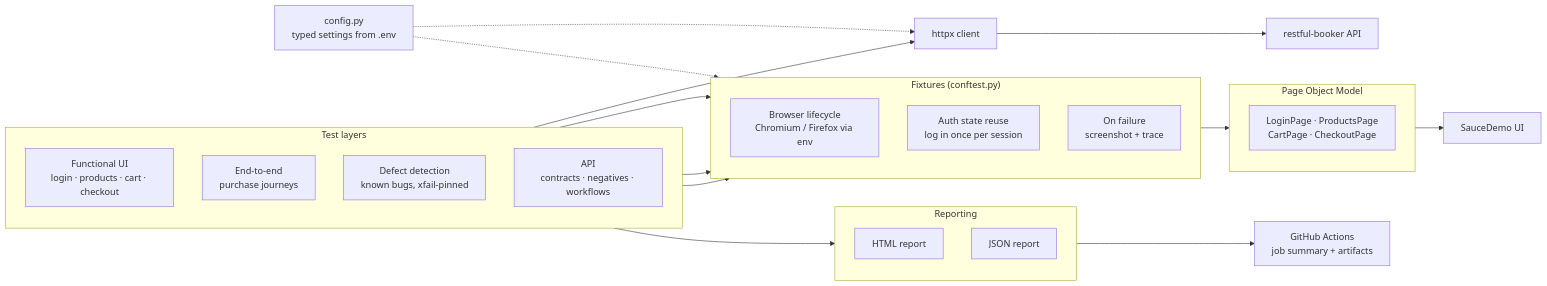
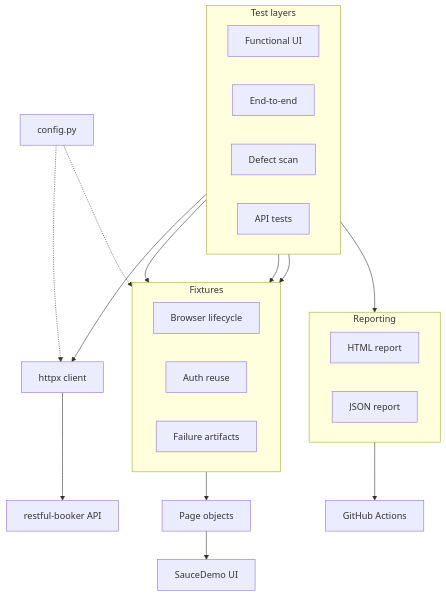
One commit to TheodorGit/playwright-test-framework changed the diagram in README.md. Above: the diagram before and after it, drawn with Mermaid.

Commit message:
docs: fit architecture diagram to GitHub's README column
Switch the flowchart to top-to-bottom and cut node labels to at most
three words. The rendered SVG shrinks from 2651px to 764px wide, so
GitHub displays it at full scale instead of about 30 percent

````diff
--- a/README.md
+++ b/README.md
@@ -30,47 +30,43 @@
 ```mermaid
-flowchart LR
+flowchart TB
     subgraph TESTS["Test layers"]
-        direction TB
-        FUNC["Functional UI<br/>login · products · cart · checkout"]
-        E2E["End-to-end<br/>purchase journeys"]
-        DEF["Defect detection<br/>known bugs, xfail-pinned"]
-        API["API<br/>contracts · negatives · workflows"]
+        direction LR
+        FUNC["Functional UI"]
+        E2E["End-to-end"]
+        DEF["Defect scan"]
+        API["API tests"]
     end
 
-    subgraph FIX["Fixtures (conftest.py)"]
-        direction TB
-        BROWSER["Browser lifecycle<br/>Chromium / Firefox via env"]
-        AUTH["Auth state reuse<br/>log in once per session"]
-        FAIL["On failure<br/>screenshot + trace"]
+    subgraph FIX["Fixtures"]
+        direction LR
+        BROWSER["Browser lifecycle"]
+        AUTH["Auth reuse"]
+        FAIL["Failure artifacts"]
     end
 
-    subgraph POM["Page Object Model"]
-        direction TB
-        PAGES["LoginPage · ProductsPage<br/>CartPage · CheckoutPage"]
-    end
-
-    CONFIG["config.py<br/>typed settings from .env"]
+    CONFIG["config.py"]
+    POM["Page objects"]
     HTTPX["httpx client"]
     UI["SauceDemo UI"]
     RB["restful-booker API"]
 
     subgraph OUT["Reporting"]
-        direction TB
+        direction LR
         HTML["HTML report"]
         JSON["JSON report"]
     end
 
-    CI["GitHub Actions<br/>job summary + artifacts"]
+    CI["GitHub Actions"]
 
     FUNC --> FIX
     E2E --> FIX
     DEF --> FIX
     API --> HTTPX
+    CONFIG -.-> FIX
+    CONFIG -.-> HTTPX
     FIX --> POM
     POM --> UI
     HTTPX --> RB
-    CONFIG -.-> FIX
-    CONFIG -.-> HTTPX
     TESTS --> OUT
     OUT --> CI
 ```
````
